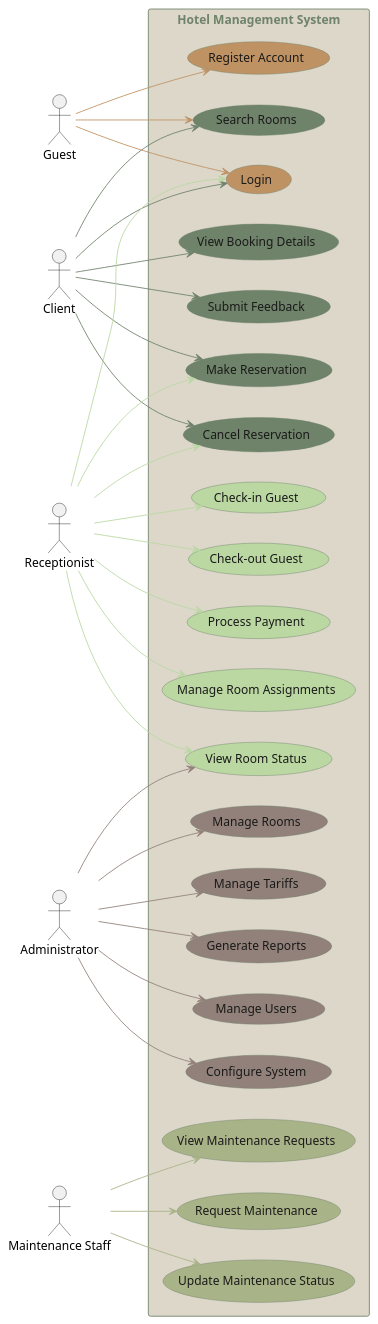
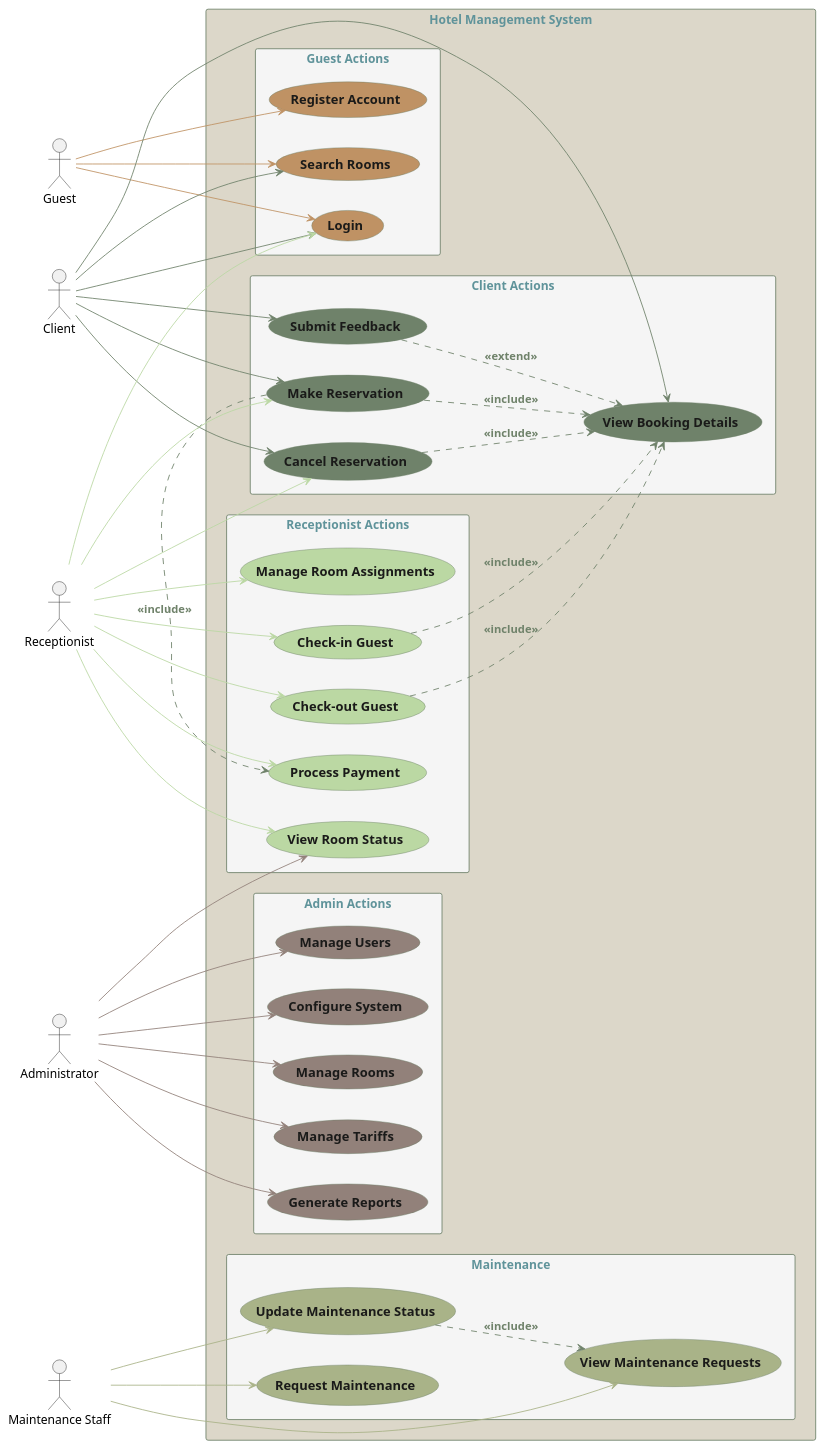
The diagram in uses case diagram.puml (jafar-ab1/projet-2cp), drawn with PlantUML before and after one commit.

Commit message:
Update uses case diagram.puml

```diff
--- a/uses case diagram.puml
+++ b/uses case diagram.puml
@@ -1,97 +1,128 @@
 @startuml HotelManagementSystem_UseCase
 skinparam usecase {
     BackgroundColor #FFFFFF
     BorderColor #6F826A
     FontColor #1A1A19
-    FontSize 14
+    FontSize 15
+    FontStyle bold
     ArrowColor #6F826A
     ActorBorderColor #6F826A
     ActorFontColor #6F826A
     ActorBackgroundColor #FFFFFF
 }
 
 skinparam rectangle {
     BackgroundColor #FFFFFF
     BorderColor #6F826A
-    FontColor #6F826A
+    FontColor #5F939A
+    FontStyle bold
 }
 
+' ====== CUSTOM ARROW STYLES ======
 skinparam arrow {
     Color #6F826A
     FontColor #6F826A
+    FontStyle bold
+}
+skinparam arrow<<include>> {
+    Color #3A5F0B
+    FontColor #3A5F0B
+    Style Bold
+}
+skinparam arrow<<extend>> {
+    Color #8B0000
+    FontColor #8B0000
+    Style Dashed
 }
 
 ' ====== ACTORS ======
 left to right direction
 actor Guest << (S,#BF9264) >>
 actor Client << (S,#6F826A) >>
 actor Receptionist << (S,#BBD8A3) >>
 actor Administrator << (S,#92817A) >>
-actor "Maintenance Staff" << (S, #A9B388) >> as MaintenanceStaff
+actor "Maintenance Staff" << (S,#A9B388) >> as MaintenanceStaff
 
 ' ====== SYSTEM BOUNDARY ======
 rectangle "Hotel Management System" #DCD7C9 {
-    ' ====== USE CASES ======
-    (Search Rooms) as UC1 #6F826A
-    (Make Reservation) as UC2 #6F826A
-    (Cancel Reservation) as UC3 #6F826A
-    (Register Account) as UC4 #BF9264
-    (Login) as UC5 #BF9264
-    (View Booking Details) as UC6 #6F826A
-    (Submit Feedback) as UC7 #6F826A
-    
-    (Check-in Guest) as UC8 #BBD8A3
-    (Check-out Guest) as UC9 #BBD8A3
-    (Process Payment) as UC10 #BBD8A3
-    (Manage Room Assignments) as UC11 #BBD8A3
-    (View Room Status) as UC12 #BBD8A3
-    
-    (Manage Rooms) as UC13 #92817A
-    (Manage Tariffs) as UC14 #92817A
-    (Generate Reports) as UC15 #92817A
-    (Manage Users) as UC16 #92817A
-    (Configure System) as UC17 #92817A
-    
-    (Request Maintenance) as UC18 #A9B388
-    (Update Maintenance Status) as UC19 #A9B388
-    (View Maintenance Requests) as UC20 #A9B388
+    ' ====== GROUPED USE CASES ======
+    rectangle "Guest Actions" #F5F5F5 {
+        (Search Rooms) as UC1 #BF9264
+        (Register Account) as UC4 #BF9264
+        (Login) as UC5 #BF9264
+    }
+
+    rectangle "Client Actions" #F5F5F5 {
+        (Make Reservation) as UC2 #6F826A
+        (Cancel Reservation) as UC3 #6F826A
+        (View Booking Details) as UC6 #6F826A
+        (Submit Feedback) as UC7 #6F826A
+    }
+
+    rectangle "Receptionist Actions" #F5F5F5 {
+        (Check-in Guest) as UC8 #BBD8A3
+        (Check-out Guest) as UC9 #BBD8A3
+        (Process Payment) as UC10 #BBD8A3
+        (Manage Room Assignments) as UC11 #BBD8A3
+        (View Room Status) as UC12 #BBD8A3
+    }
+
+    rectangle "Admin Actions" #F5F5F5 {
+        (Manage Rooms) as UC13 #92817A
+        (Manage Tariffs) as UC14 #92817A
+        (Generate Reports) as UC15 #92817A
+        (Manage Users) as UC16 #92817A
+        (Configure System) as UC17 #92817A
+    }
+
+    rectangle "Maintenance" #F5F5F5 {
+        (Request Maintenance) as UC18 #A9B388
+        (Update Maintenance Status) as UC19 #A9B388
+        (View Maintenance Requests) as UC20 #A9B388
+    }
 
     ' ====== RELATIONSHIPS ======
-   
+    UC2 ..> UC10 : <<include>> 
+    UC2 ..> UC6 : <<include>>  
+    UC3 ..> UC6 : <<include>>  
+    UC8 ..> UC6 : <<include>> 
+    UC9 ..> UC6 : <<include>> 
+    UC7 ..> UC6 : <<extend>>   
+    UC19 ..> UC20 : <<include>>
+}
 
 ' ====== ACTOR CONNECTIONS ======
 Guest -[#BF9264]-> UC1
 Guest -[#BF9264]-> UC4
 Guest -[#BF9264]-> UC5
 
 Client -[#6F826A]-> UC1
 Client -[#6F826A]-> UC2
 Client -[#6F826A]-> UC3
 Client -[#6F826A]-> UC5
 Client -[#6F826A]-> UC6
 Client -[#6F826A]-> UC7
 
 Receptionist -[#BBD8A3]-> UC2
 Receptionist -[#BBD8A3]-> UC3
 Receptionist -[#BBD8A3]-> UC5
 Receptionist -[#BBD8A3]-> UC8
 Receptionist -[#BBD8A3]-> UC9
 Receptionist -[#BBD8A3]-> UC10
 Receptionist -[#BBD8A3]-> UC11
 Receptionist -[#BBD8A3]-> UC12
 
 Administrator -[#92817A]-> UC13
 Administrator -[#92817A]-> UC14
 Administrator -[#92817A]-> UC15
 Administrator -[#92817A]-> UC16
 Administrator -[#92817A]-> UC17
 Administrator -[#92817A]-> UC12
 
 MaintenanceStaff -[#A9B388]-> UC18
 MaintenanceStaff -[#A9B388]-> UC19
 MaintenanceStaff -[#A9B388]-> UC20
 
-' ====== LEGEND ======
-
+'
 
 @enduml
```
